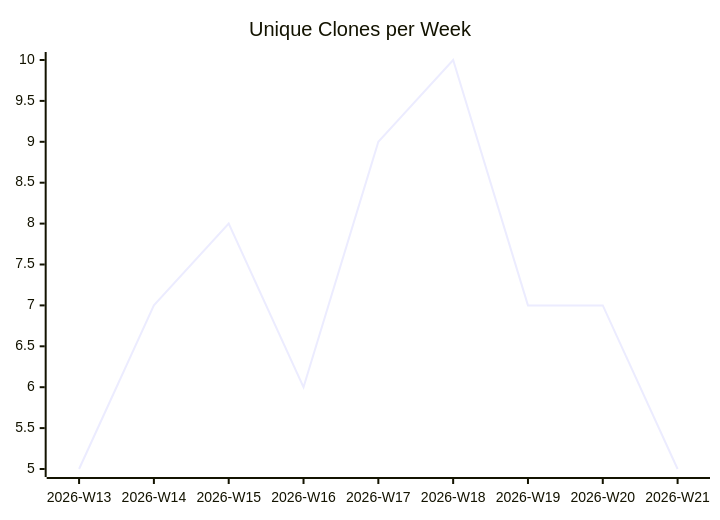
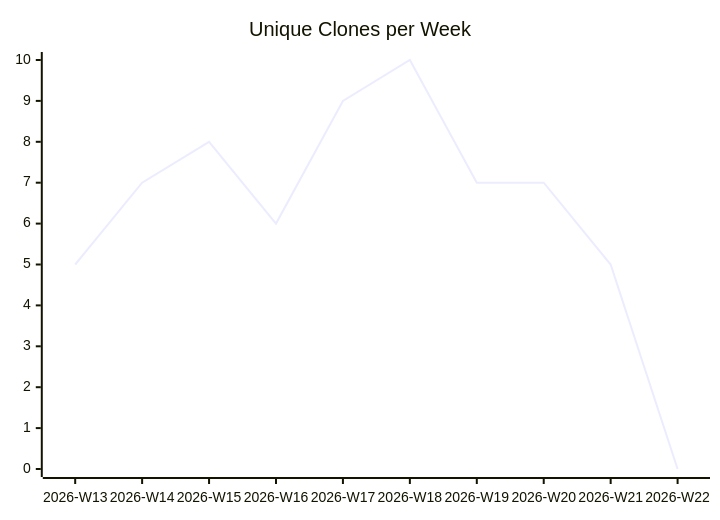
One commit to justdavis-family/github-analytics-data changed the third of 3 diagrams in karlmdavis/ansible-role-jenkins2/README.md. Above: the diagram before and after it, drawn with Mermaid. The commit also changed other lines of this file and 190 other files, not shown here.

````diff
--- a/karlmdavis/ansible-role-jenkins2/README.md
+++ b/karlmdavis/ansible-role-jenkins2/README.md
@@ -19,6 +19,6 @@
 ```mermaid
 xychart-beta
   title "Unique Clones per Week"
-  x-axis ["2026-W13", "2026-W14", "2026-W15", "2026-W16", "2026-W17", "2026-W18", "2026-W19", "2026-W20", "2026-W21"]
-  line [5, 7, 8, 6, 9, 10, 7, 7, 5]
+  x-axis ["2026-W13", "2026-W14", "2026-W15", "2026-W16", "2026-W17", "2026-W18", "2026-W19", "2026-W20", "2026-W21", "2026-W22"]
+  line [5, 7, 8, 6, 9, 10, 7, 7, 5, 0]
 ```
````
